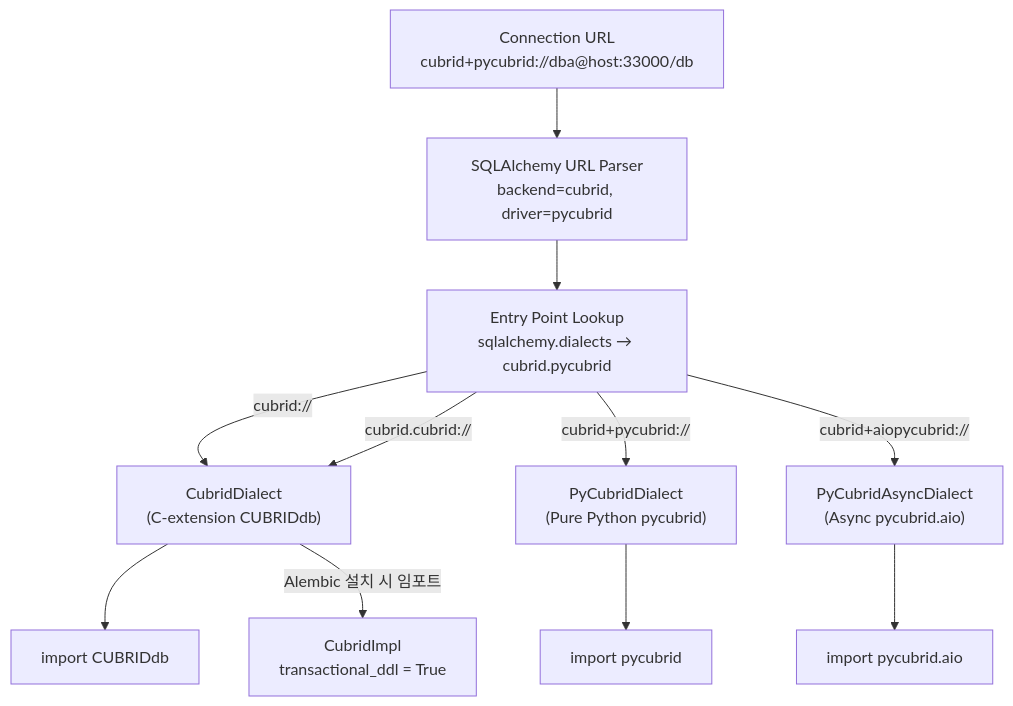
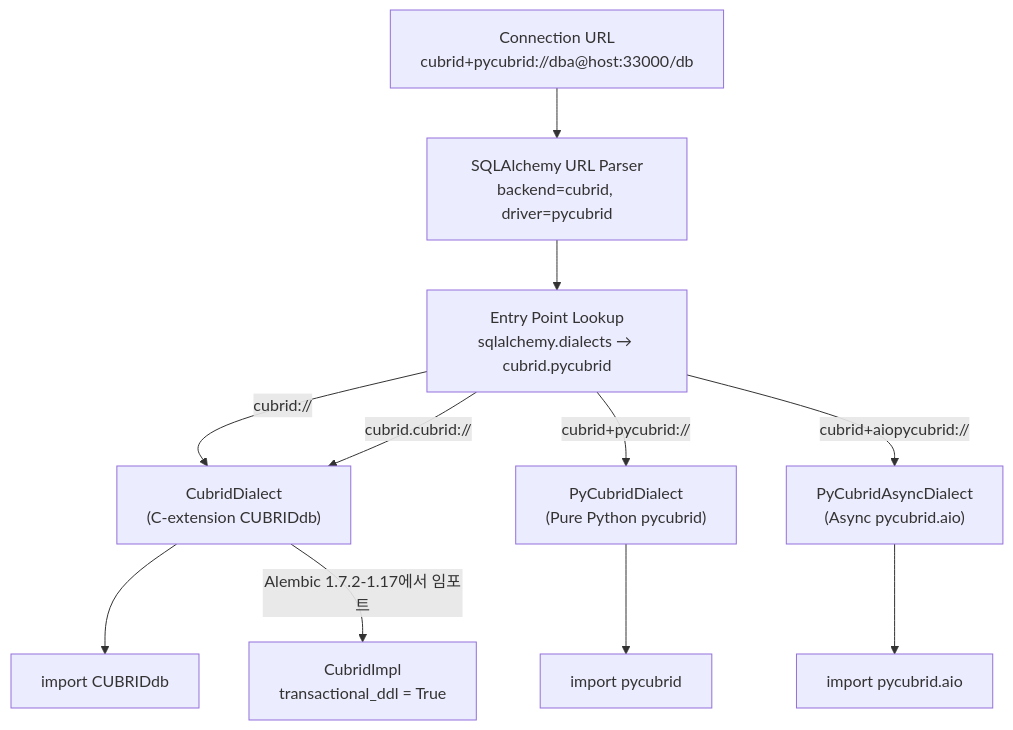
One commit to cubrid-lab/sqlalchemy-cubrid changed the fifth of 6 diagrams in docs/ko/ARCHITECTURE.md. Above: the diagram before and after it, drawn with Mermaid. The commit also changed other lines of this file and 19 other files, not shown here.

First line of the commit message:
perf(alembic): register CubridImpl through the alembic.plugins entry point (#616)

````diff
--- a/docs/ko/ARCHITECTURE.md
+++ b/docs/ko/ARCHITECTURE.md
@@ -215,20 +215,20 @@
 ```mermaid
 flowchart TD
     url["Connection URL<br/>cubrid+pycubrid://dba@host:33000/db"]
     parse["SQLAlchemy URL Parser<br/>backend=cubrid, driver=pycubrid"]
     entry["Entry Point Lookup<br/>sqlalchemy.dialects → cubrid.pycubrid"]
 
     url --> parse
     parse --> entry
 
     entry -->|"cubrid://"| cubrid_dialect["CubridDialect<br/>(C-extension CUBRIDdb)"]
     entry -->|"cubrid.cubrid://"| cubrid_dialect
     entry -->|"cubrid+pycubrid://"| pycubrid_dialect["PyCubridDialect<br/>(Pure Python pycubrid)"]
     entry -->|"cubrid+aiopycubrid://"| aio_pycubrid_dialect["PyCubridAsyncDialect<br/>(Async pycubrid.aio)"]
 
     cubrid_dialect --> import_c["import CUBRIDdb"]
     pycubrid_dialect --> import_py["import pycubrid"]
     aio_pycubrid_dialect --> import_aio["import pycubrid.aio"]
 
-    cubrid_dialect -->|"Alembic 설치 시 임포트"| alembic_impl["CubridImpl<br/>transactional_ddl = True"]
+    cubrid_dialect -->|"Alembic 1.7.2-1.17에서 임포트"| alembic_impl["CubridImpl<br/>transactional_ddl = True"]
 ```
````
